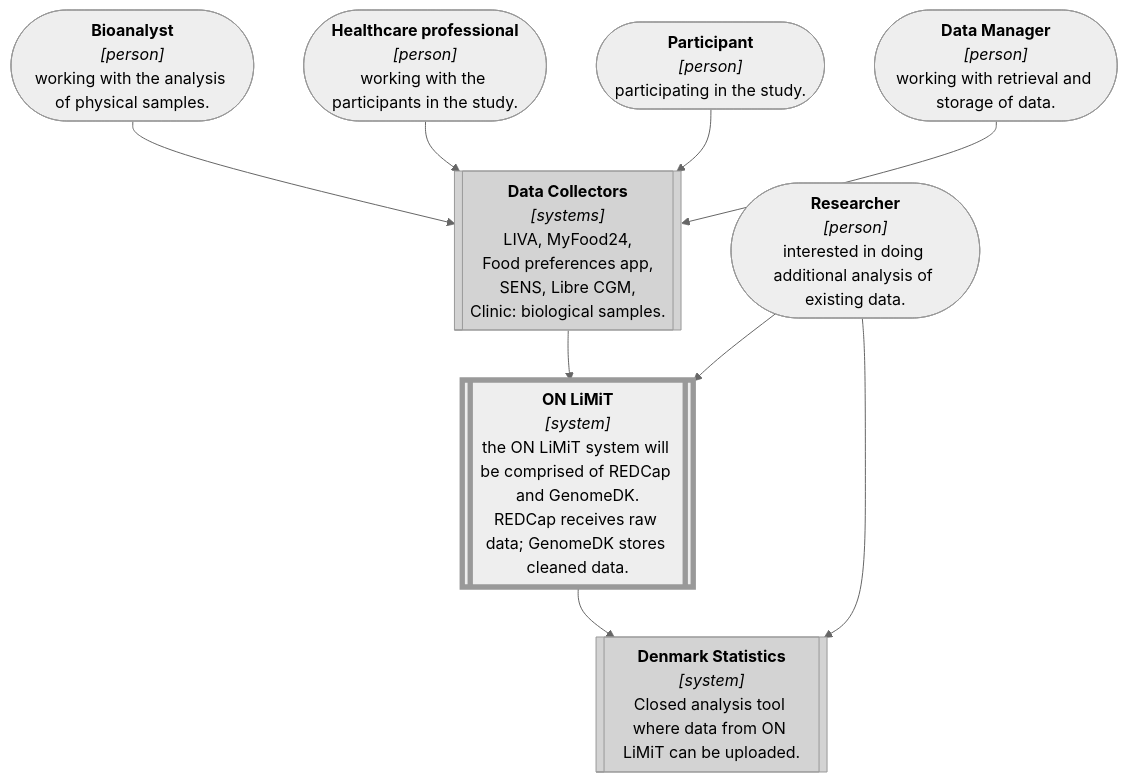
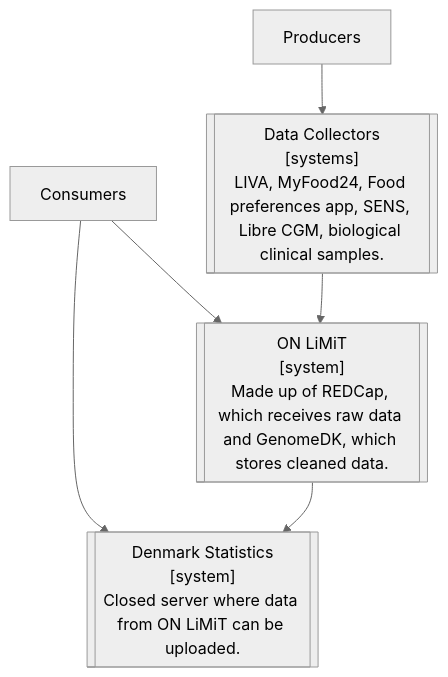
Before and after one commit to onlimit-study/dmp: the first of 2 diagrams in sections/sources.qmd, drawn with Mermaid (neutral theme). The commit also changed other lines of this file, not shown here.

Commit message:
refactor: ♻️ revise data sources page during a review

````diff
--- a/sections/sources.qmd
+++ b/sections/sources.qmd
@@ -9,34 +28,22 @@
 ```{mermaid}
 %%| label: fig-c4-context
 %%| fig-cap: >-
-%%|   C4 Context diagram showing a basic overview of ON LiMiT, its anticipated
-%%|   users, and data providers.
+%%|   Diagram showing a basic overview of ON LiMiT, its anticipated users, and
+%%|   data providers.
+%%| fig-alt: >-
+%%|   Flowchart diagram with arrows coming from producers and consumers towards
+%%|   the three systems, data collectors, ON LiMiT, and Denmark Statistics.
 %%| fig-width: 100%
 
 flowchart TD
+  Producers
+  Consumers
 
-Bioanalyst(["<b>Bioanalyst</b><br><i>[person]</i><br>working with the analysis of physical samples."])
-Healthprof(["<b>Healthcare professional</b><br><i>[person]</i><br>working with the participants in the study."])
-Participant(["<b>Participant</b><br><i>[person]</i><br>participating in the study."])
-Datamanager(["<b>Data Manager</b><br><i>[person]</i><br>working with retrieval and storage of data."])
-Researcher(["<b>Researcher</b><br><i>[person]</i><br>interested in doing additional analysis of existing data."])
+  onlimit[["ON LiMiT<br>[system]<br>Made up of REDCap, which receives raw data and GenomeDK, which stores cleaned data."]]
+  dst[["Denmark Statistics<br>[system]<br>Closed server where data from ON LiMiT can be uploaded."]]
+  collectors[["Data Collectors<br>[systems]<br>LIVA, MyFood24, Food preferences app, SENS, Libre CGM, biological clinical samples."]]
 
-onlimit[["<b>ON LiMiT</b><br><i>[system]</i><br>the ON LiMiT system will be comprised of REDCap and GenomeDK.<br>REDCap receives raw data; GenomeDK stores cleaned data."]]
-DS[["<b>Denmark Statistics</b><br><i>[system]</i><br>Closed analysis tool where data from ON LiMiT can be uploaded."]]
-DP[["<b>Data Collectors</b><br><i>[systems]</i><br>LIVA, MyFood24,<br>Food preferences app,<br>SENS, Libre CGM,<br>Clinic: biological samples."]]
-
-onlimit:::system
-DP:::external
-DS:::external
-Bioanalyst --> DP
-Healthprof --> DP
-Participant --> DP
-Datamanager --> DP
-DP --> onlimit
-Researcher --> onlimit
-onlimit --> DS
-Researcher --> DS
-
-classDef system stroke-width:4pt
-classDef external fill:lightgrey
+  Producers --> collectors --> onlimit
+  Consumers --> onlimit & dst
+  onlimit --> dst
 ```
````
